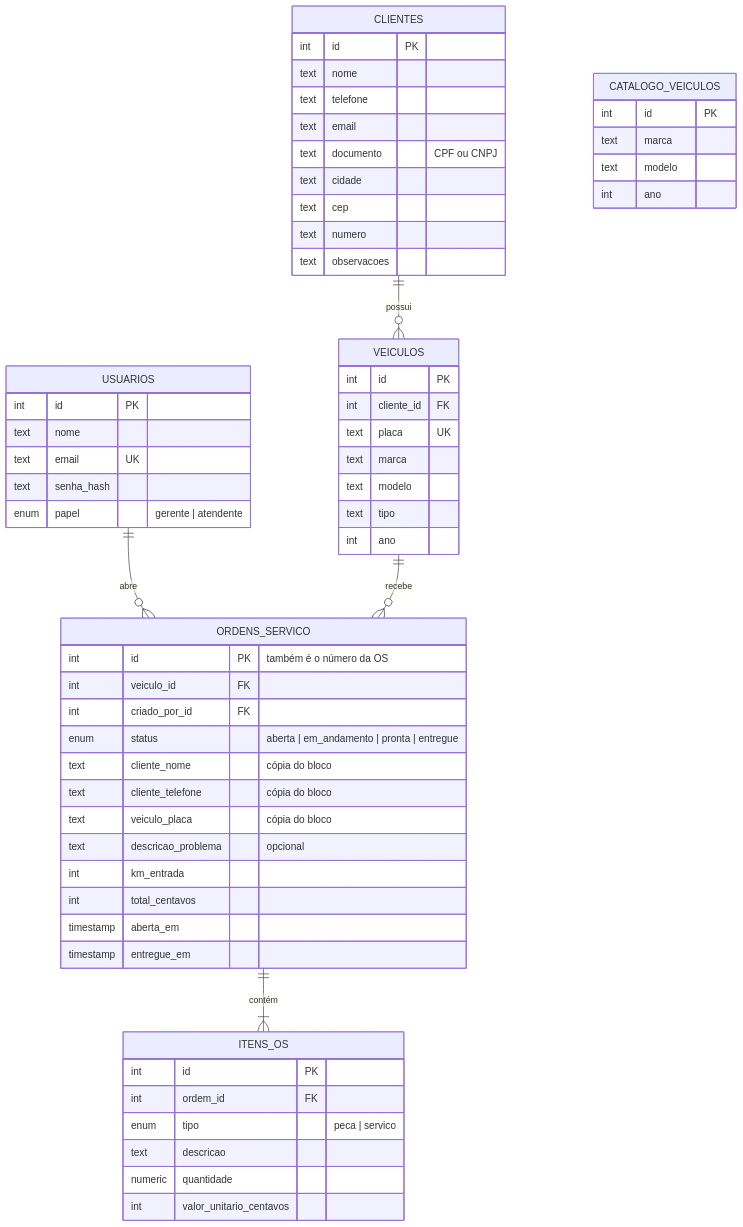
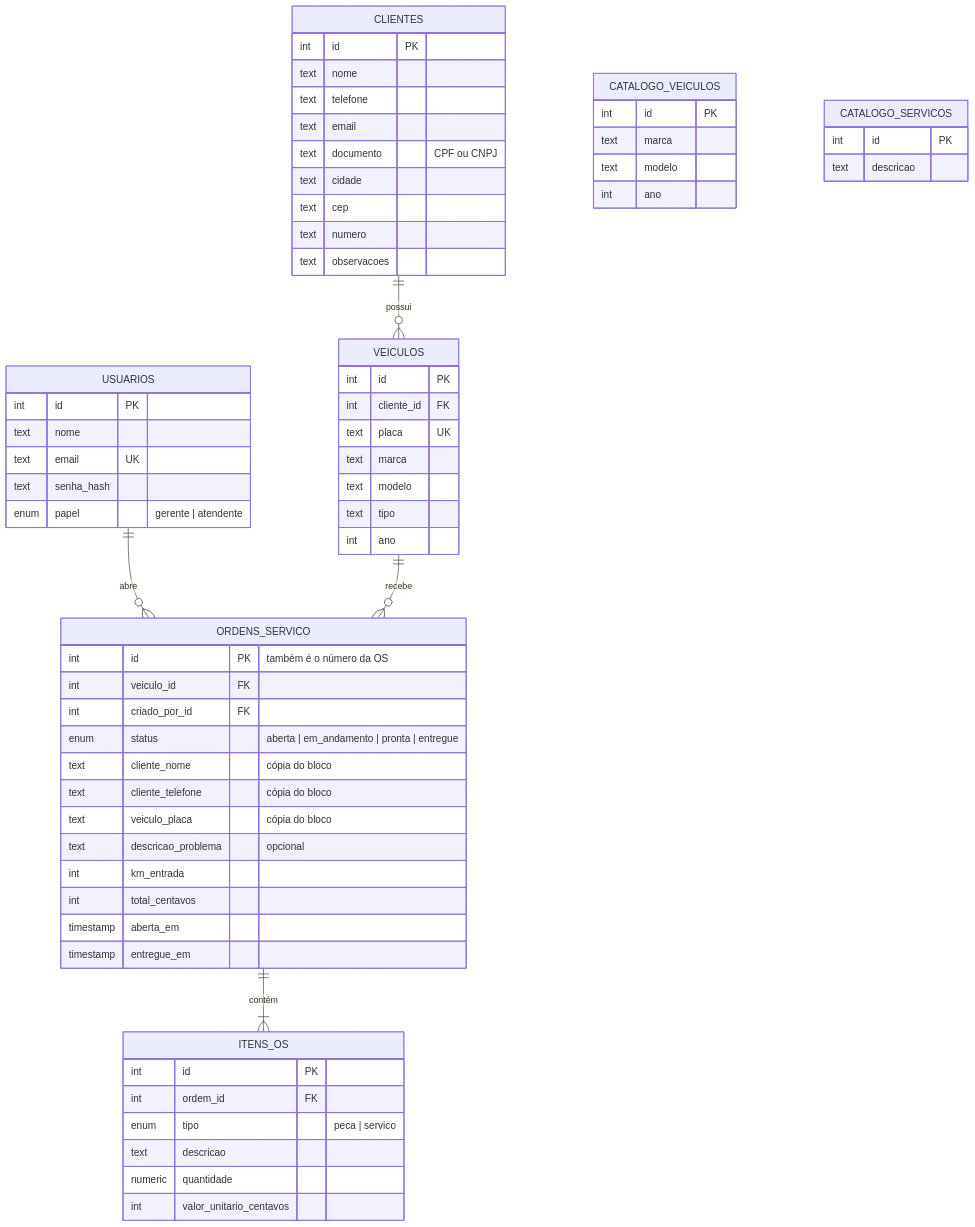
One commit to josezaltar/oficina-os changed the first of 2 diagrams in docs/modelo-de-dados.md. Above: the diagram before and after it, drawn with Mermaid. The commit also changed other lines of this file and 15 other files, not shown here.

````diff
--- a/docs/modelo-de-dados.md
+++ b/docs/modelo-de-dados.md
@@ -5,63 +5,67 @@
 ```mermaid
 erDiagram
     USUARIOS ||--o{ ORDENS_SERVICO : "abre"
     CLIENTES ||--o{ VEICULOS : "possui"
     VEICULOS ||--o{ ORDENS_SERVICO : "recebe"
     ORDENS_SERVICO ||--|{ ITENS_OS : "contém"
 
     USUARIOS {
         int id PK
         text nome
         text email UK
         text senha_hash
         enum papel "gerente | atendente"
     }
     CLIENTES {
         int id PK
         text nome
         text telefone
         text email
         text documento "CPF ou CNPJ"
         text cidade
         text cep
         text numero
         text observacoes
     }
     VEICULOS {
         int id PK
         int cliente_id FK
         text placa UK
         text marca
         text modelo
         text tipo
         int ano
     }
     ORDENS_SERVICO {
         int id PK "também é o número da OS"
         int veiculo_id FK
         int criado_por_id FK
         enum status "aberta | em_andamento | pronta | entregue"
         text cliente_nome "cópia do bloco"
         text cliente_telefone "cópia do bloco"
         text veiculo_placa "cópia do bloco"
         text descricao_problema "opcional"
         int km_entrada
         int total_centavos
         timestamp aberta_em
         timestamp entregue_em
     }
     CATALOGO_VEICULOS {
         int id PK
         text marca
         text modelo
         int ano
     }
+    CATALOGO_SERVICOS {
+        int id PK
+        text descricao
+    }
     ITENS_OS {
         int id PK
         int ordem_id FK
         enum tipo "peca | servico"
         text descricao
         numeric quantidade
         int valor_unitario_centavos
     }
 ```
````
